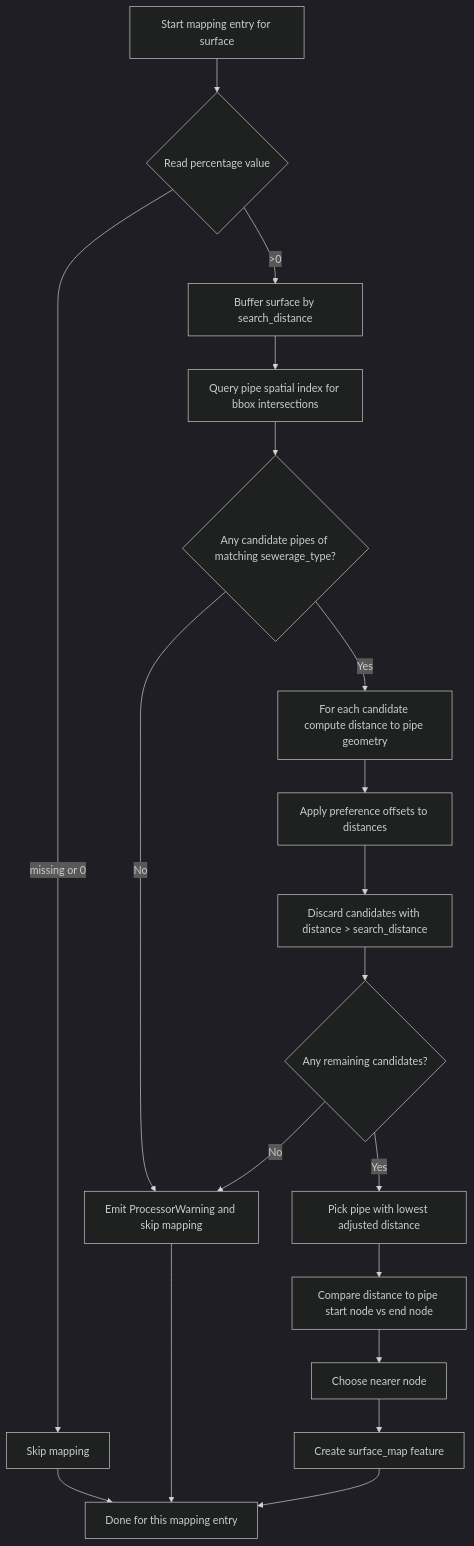
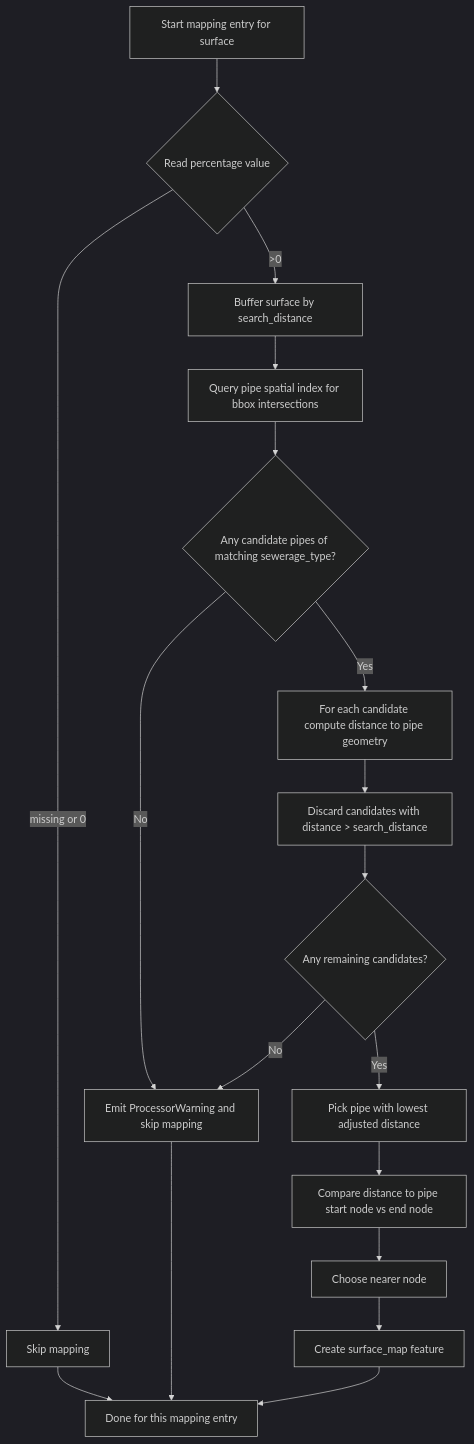
Before and after one commit to nens/threedi-schematisation-editor: the fifth of 5 diagrams in threedi_schematisation_editor/vector_data_importer/DESIGN.md, drawn with Mermaid (dark theme). The commit also changed other lines of this file and 4 other files, not shown here.

````diff
--- a/threedi_schematisation_editor/vector_data_importer/DESIGN.md
+++ b/threedi_schematisation_editor/vector_data_importer/DESIGN.md
@@ -307,21 +307,20 @@
 ```mermaid
 flowchart TD
   A[Start mapping entry for surface] --> B{Read percentage value}
   B -- missing or 0 --> Z[Skip mapping]
   B -- >0 --> C[Buffer surface by search_distance]
   C --> D[Query pipe spatial index for bbox intersections]
   D --> E{Any candidate pipes of matching sewerage_type?}
   E -- No --> F[Emit ProcessorWarning and skip mapping]
-  E -- Yes --> G[For each candidate compute distance to pipe geometry]
-  G --> H[Apply preference offsets to distances]
+  E -- Yes --> H[For each candidate compute distance to pipe geometry]
   H --> I[Discard candidates with distance > search_distance]
   I --> J{Any remaining candidates?}
   J -- No --> F
   J -- Yes --> K[Pick pipe with lowest adjusted distance]
   K --> L[Compare distance to pipe start node vs end node]
   L --> M[Choose nearer node]
   M --> N[Create surface_map feature]
   N --> O[Done for this mapping entry]
   Z --> O
   F --> O
 ```
````
